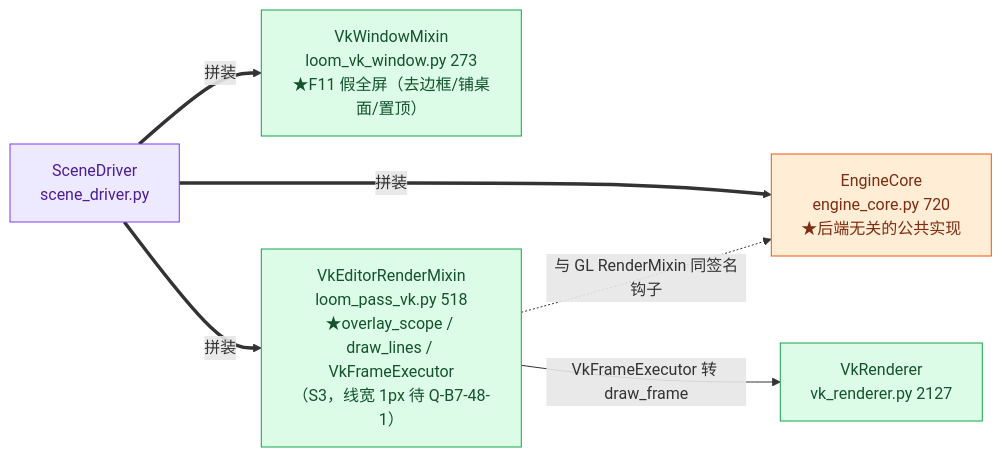
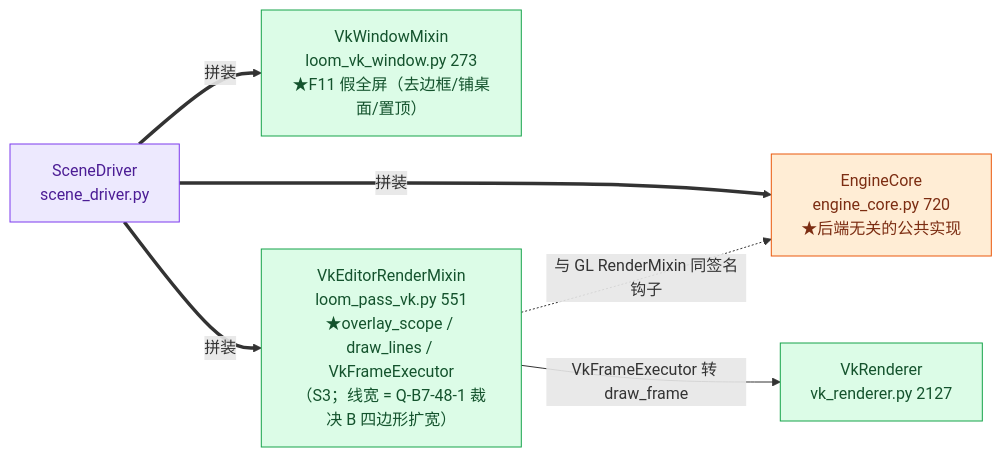
One commit to lhy302/WeaveEngine changed the third of 23 diagrams in ARCHITECTURE.md. Above: the diagram before and after it, drawn with Mermaid. The commit also changed other lines of this file and 12 other files, not shown here.

````diff
--- a/ARCHITECTURE.md
+++ b/ARCHITECTURE.md
@@ -188,12 +188,12 @@
 ```mermaid
 flowchart LR
   S["SceneDriver<br/>scene_driver.py"]:::facade
   S ==>|拼装| K["EngineCore<br/>engine_core.py 720<br/>★后端无关的公共实现"]:::contract
   S ==>|拼装| W["VkWindowMixin<br/>loom_vk_window.py 273<br/>★F11 假全屏（去边框/铺桌面/置顶）"]:::impl
-  S ==>|拼装| V["VkEditorRenderMixin<br/>loom_pass_vk.py 518<br/>★overlay_scope / draw_lines / VkFrameExecutor<br/>（S3，线宽 1px 待 Q-B7-48-1）"]:::impl
+  S ==>|拼装| V["VkEditorRenderMixin<br/>loom_pass_vk.py 551<br/>★overlay_scope / draw_lines / VkFrameExecutor<br/>（S3；线宽 = Q-B7-48-1 裁决 B 四边形扩宽）"]:::impl
   V -->|VkFrameExecutor 转 draw_frame| R["VkRenderer<br/>vk_renderer.py 2127"]:::impl
   V -.->|与 GL RenderMixin 同签名钩子| K
   classDef facade fill:#ede9fe,stroke:#7c3aed,color:#4c1d95
   classDef impl fill:#dcfce7,stroke:#16a34a,color:#14532d
   classDef contract fill:#ffedd5,stroke:#ea580c,color:#7c2d12
 ```
````
